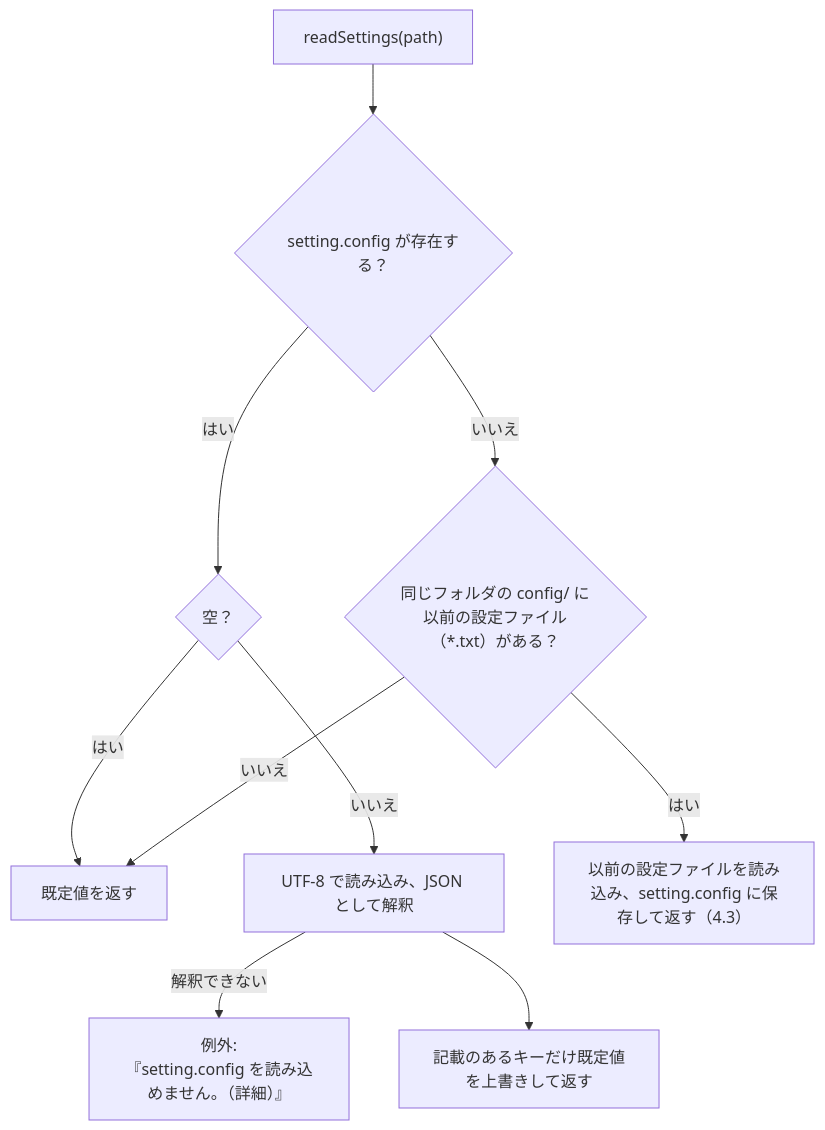
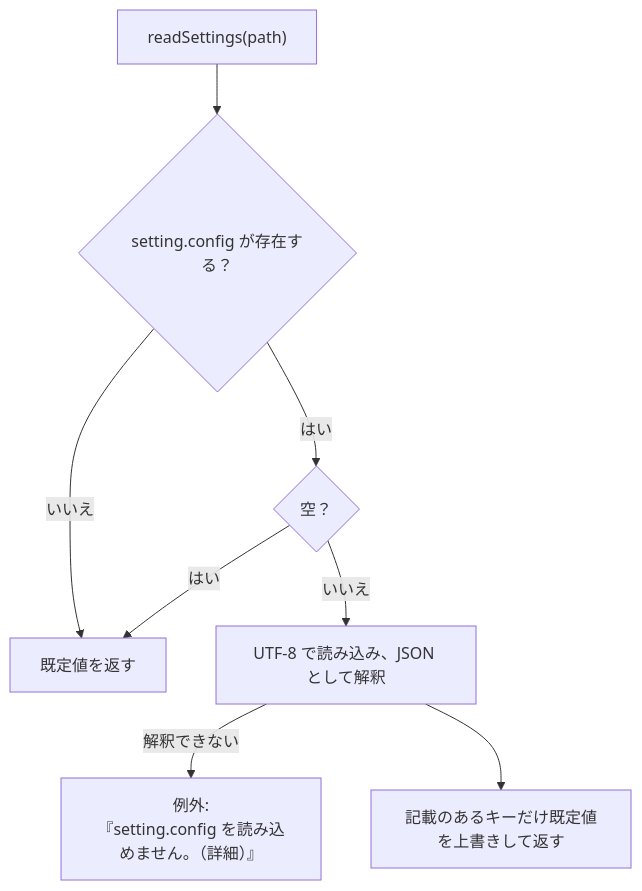
The second of 2 diagrams in docs/00_共通_1_フォルダ構成と設定ファイル.md (hsgwa/tebunko), drawn with Mermaid before and after one commit. The commit also changed other lines of this file and 50 other files, not shown here.

````diff
--- a/docs/00_共通_1_フォルダ構成と設定ファイル.md
+++ b/docs/00_共通_1_フォルダ構成と設定ファイル.md
@@ -198,12 +198,10 @@
 ```mermaid
 flowchart TD
     A["readSettings(path)"] --> B{"setting.config が存在する？"}
     B -- はい --> C{"空？"}
     C -- はい --> D["既定値を返す"]
     C -- いいえ --> E["UTF-8 で読み込み、JSON として解釈"]
     E -- 解釈できない --> F["例外:<br>『setting.config を読み込めません。（詳細）』"]
     E --> G["記載のあるキーだけ既定値を上書きして返す"]
-    B -- いいえ --> H{"同じフォルダの config/ に以前の設定ファイル（*.txt）がある？"}
-    H -- いいえ --> D
-    H -- はい --> I["以前の設定ファイルを読み込み、setting.config に保存して返す（4.3）"]
+    B -- いいえ --> D
 ```
````
